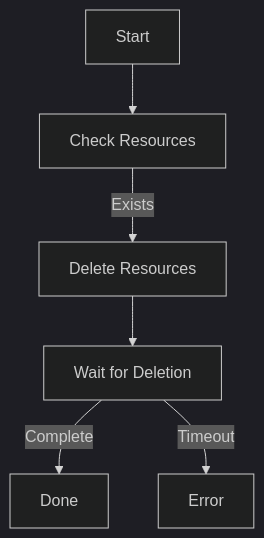
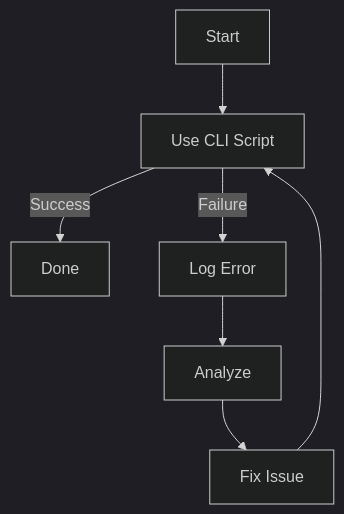
One commit to Inkmortal/LLM_Benchmarking changed the fourth of 4 diagrams in cline_memory/systemPatterns.md. Above: the diagram before and after it, drawn with Mermaid (dark theme). The commit also changed other lines of this file and 4 other files, not shown here.

````diff
--- a/cline_memory/systemPatterns.md
+++ b/cline_memory/systemPatterns.md
@@ -56,8 +57,9 @@
 ```mermaid
 flowchart TD
-    Start[Start] --> Check[Check Resources]
-    Check -->|Exists| Delete[Delete Resources]
-    Delete --> WaitDeletion[Wait for Deletion]
-    WaitDeletion -->|Complete| Done[Done]
-    WaitDeletion -->|Timeout| Error[Error]
+    Start[Start] --> CLI[Use CLI Script]
+    CLI -->|Success| Done[Done]
+    CLI -->|Failure| Log[Log Error]
+    Log --> Analyze[Analyze]
+    Analyze --> Fix[Fix Issue]
+    Fix --> CLI
 ```
````
